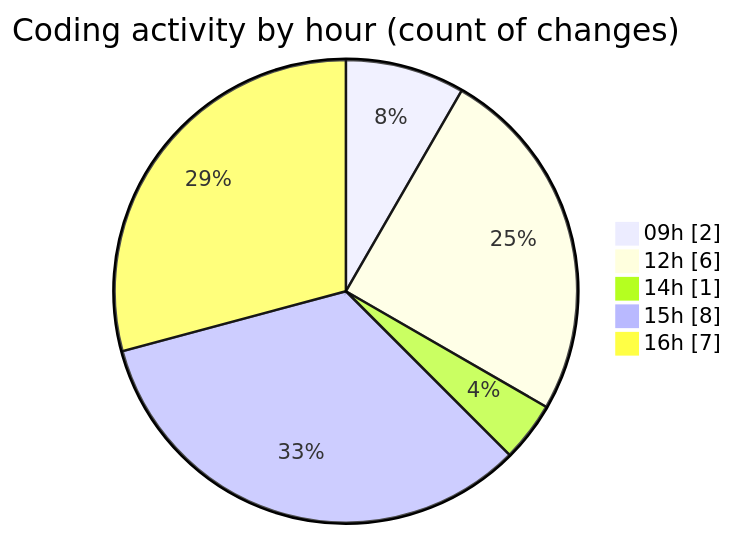
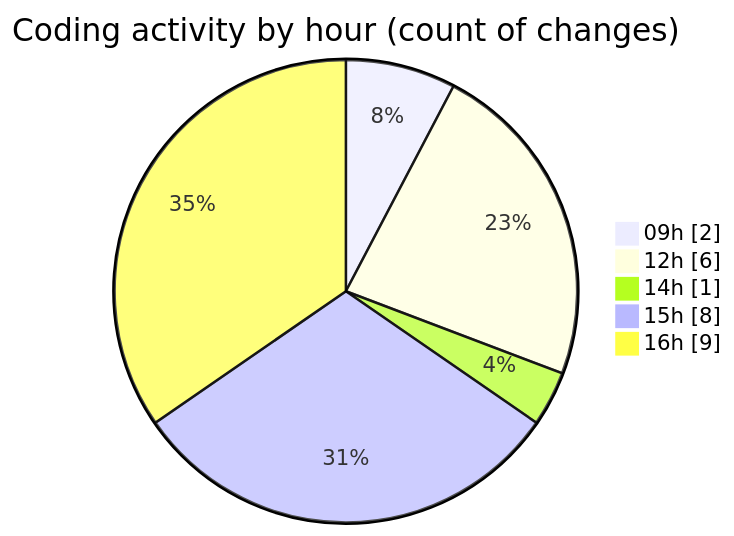
The second of 2 diagrams in 2026-06-16/cinema_3/README.md (igalym/code-tracking), drawn with Mermaid before and after one commit. The commit also changed other lines of this file and 1 other file, not shown here.

````diff
--- a/2026-06-16/cinema_3/README.md
+++ b/2026-06-16/cinema_3/README.md
@@ -44,9 +44,9 @@
 ```mermaid
 pie showData
 title Coding activity by hour (count of changes)
 "09h" : 2
 "12h" : 6
 "14h" : 1
 "15h" : 8
-"16h" : 7
+"16h" : 9
 ```
````
